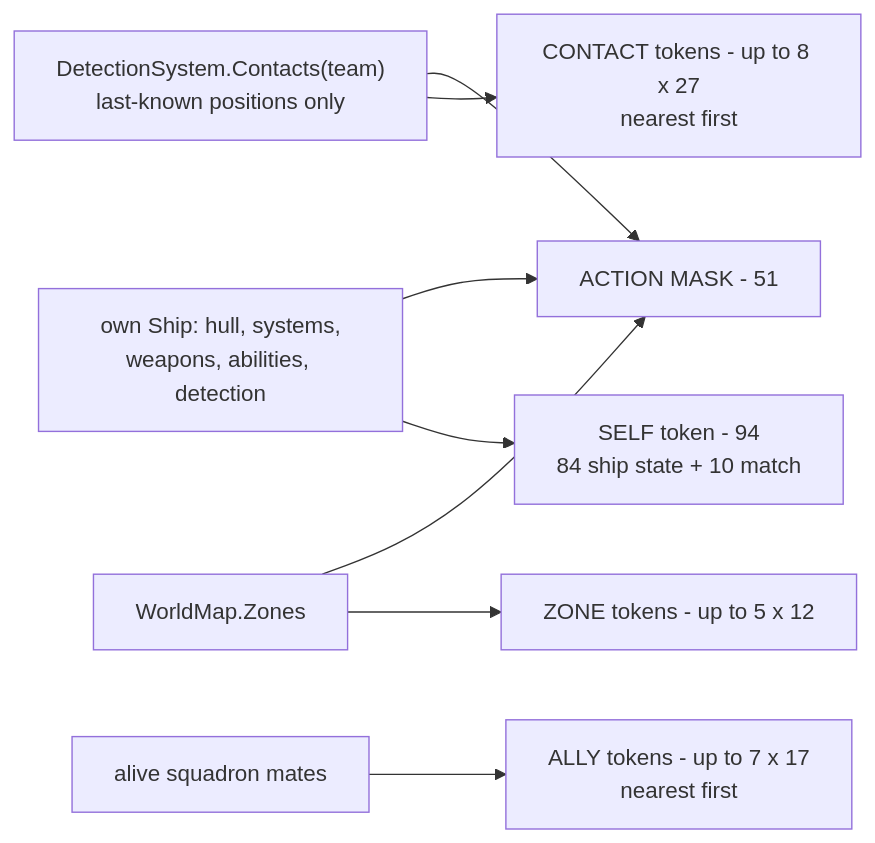
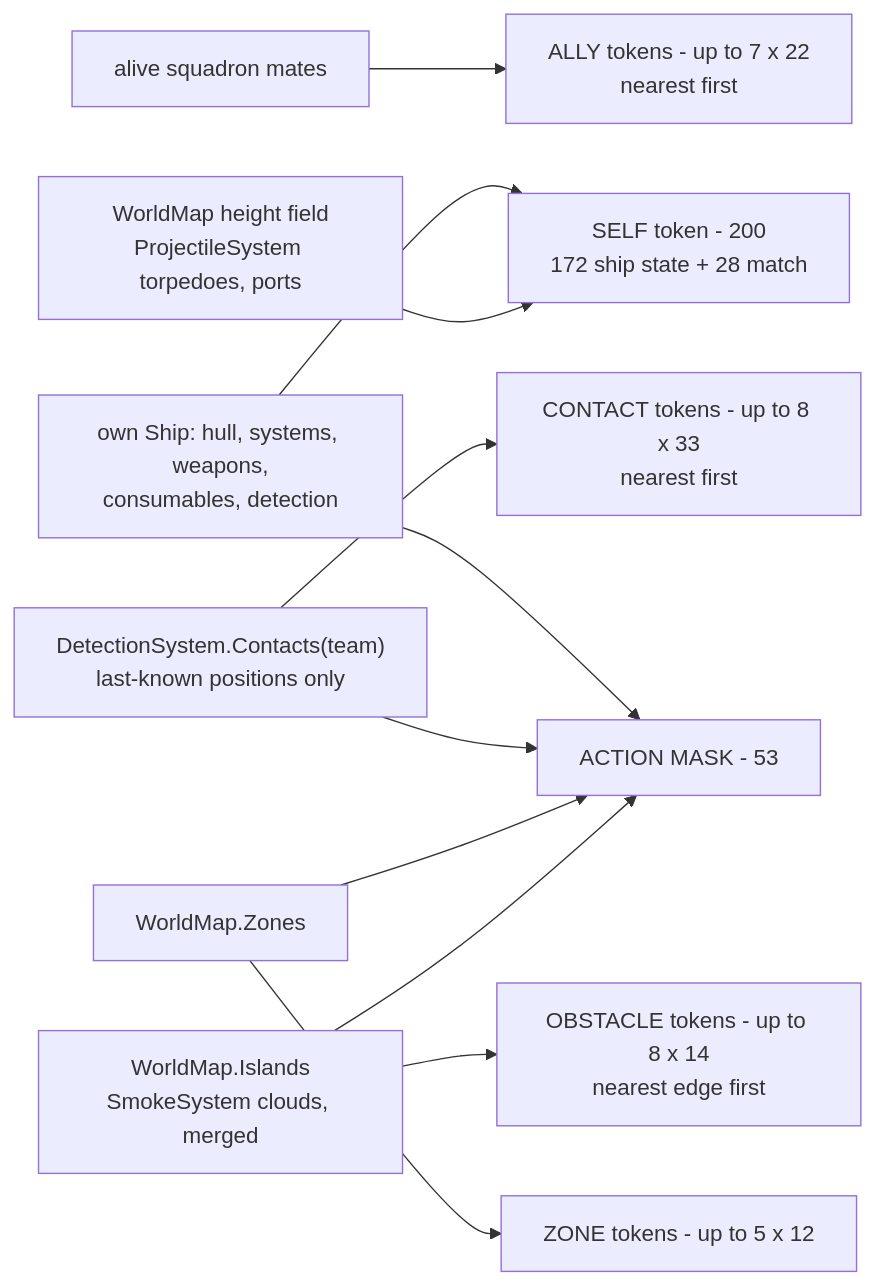
Before and after one commit to UTS-WOW/WOW-Simulation: the fifth of 14 diagrams in RL_README.md, drawn with Mermaid. The commit also changed other lines of this file and 41 other files, not shown here.

````diff
--- a/RL_README.md
+++ b/RL_README.md
@@ -459,10 +476,13 @@
 ```mermaid
 flowchart LR
-    SHIP["own Ship: hull, systems,<br/>weapons, abilities, detection"] --> S["SELF token - 94<br/>84 ship state + 10 match"]
-    MATES["alive squadron mates"] --> AL["ALLY tokens - up to 7 x 17<br/>nearest first"]
-    DS["DetectionSystem.Contacts(team)<br/>last-known positions only"] --> CO["CONTACT tokens - up to 8 x 27<br/>nearest first"]
+    SHIP["own Ship: hull, systems, weapons,<br/>consumables, detection"] --> S["SELF token - 200<br/>172 ship state + 28 match"]
+    TER["WorldMap height field<br/>ProjectileSystem torpedoes, ports"] --> S
+    MATES["alive squadron mates"] --> AL["ALLY tokens - up to 7 x 22<br/>nearest first"]
+    DS["DetectionSystem.Contacts(team)<br/>last-known positions only"] --> CO["CONTACT tokens - up to 8 x 33<br/>nearest first"]
     MAP["WorldMap.Zones"] --> ZO["ZONE tokens - up to 5 x 12"]
-    SHIP --> AM["ACTION MASK - 51"]
+    OBS["WorldMap.Islands<br/>SmokeSystem clouds, merged"] --> OB["OBSTACLE tokens - up to 8 x 14<br/>nearest edge first"]
+    SHIP --> AM["ACTION MASK - 53"]
     DS --> AM
     MAP --> AM
+    OBS --> AM
 ```
````
